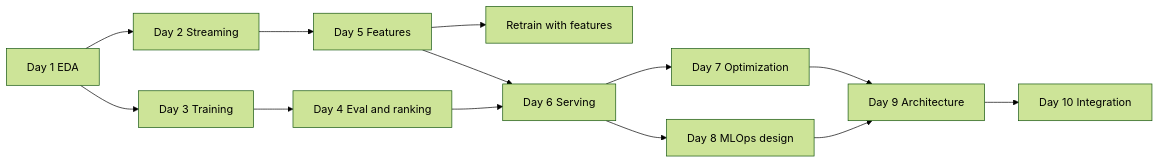
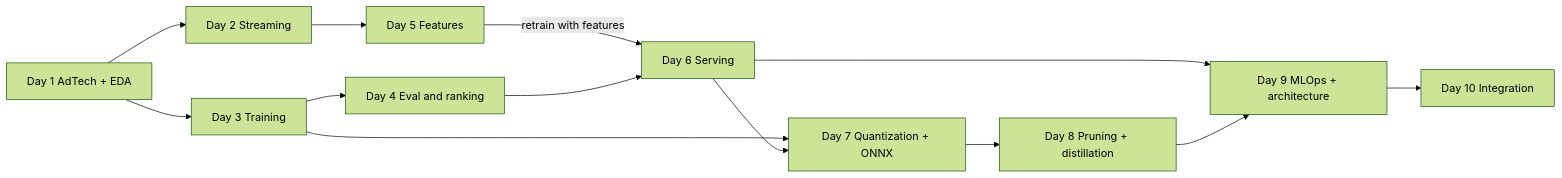
The diagram in docs/ROADMAP.md (karanveersingh5623/adtech-mlops), drawn with Mermaid (forest theme) before and after one commit. The commit also changed other lines of this file and 3 other files, not shown here.

First line of the commit message:
Split optimization into two days and merge MLOps with architecture

````diff
--- a/docs/ROADMAP.md
+++ b/docs/ROADMAP.md
@@ -17,15 +19,15 @@
 ```mermaid
 flowchart LR
-    D1[Day 1 EDA] --> D2[Day 2 Streaming]
+    D1[Day 1 AdTech + EDA] --> D2[Day 2 Streaming]
     D1 --> D3[Day 3 Training]
     D3 --> D4[Day 4 Eval and ranking]
     D2 --> D5[Day 5 Features]
-    D5 --> D3b[Retrain with features]
-    D4 --> D6[Day 6 Serving]
-    D5 --> D6
-    D6 --> D7[Day 7 Optimization]
-    D6 --> D8[Day 8 MLOps design]
-    D7 --> D9[Day 9 Architecture]
+    D5 -- retrain with features --> D6[Day 6 Serving]
+    D4 --> D6
+    D3 --> D7[Day 7 Quantization + ONNX]
+    D6 --> D7
+    D7 --> D8[Day 8 Pruning + distillation]
+    D6 --> D9[Day 9 MLOps + architecture]
     D8 --> D9
     D9 --> D10[Day 10 Integration]
 ```
````
